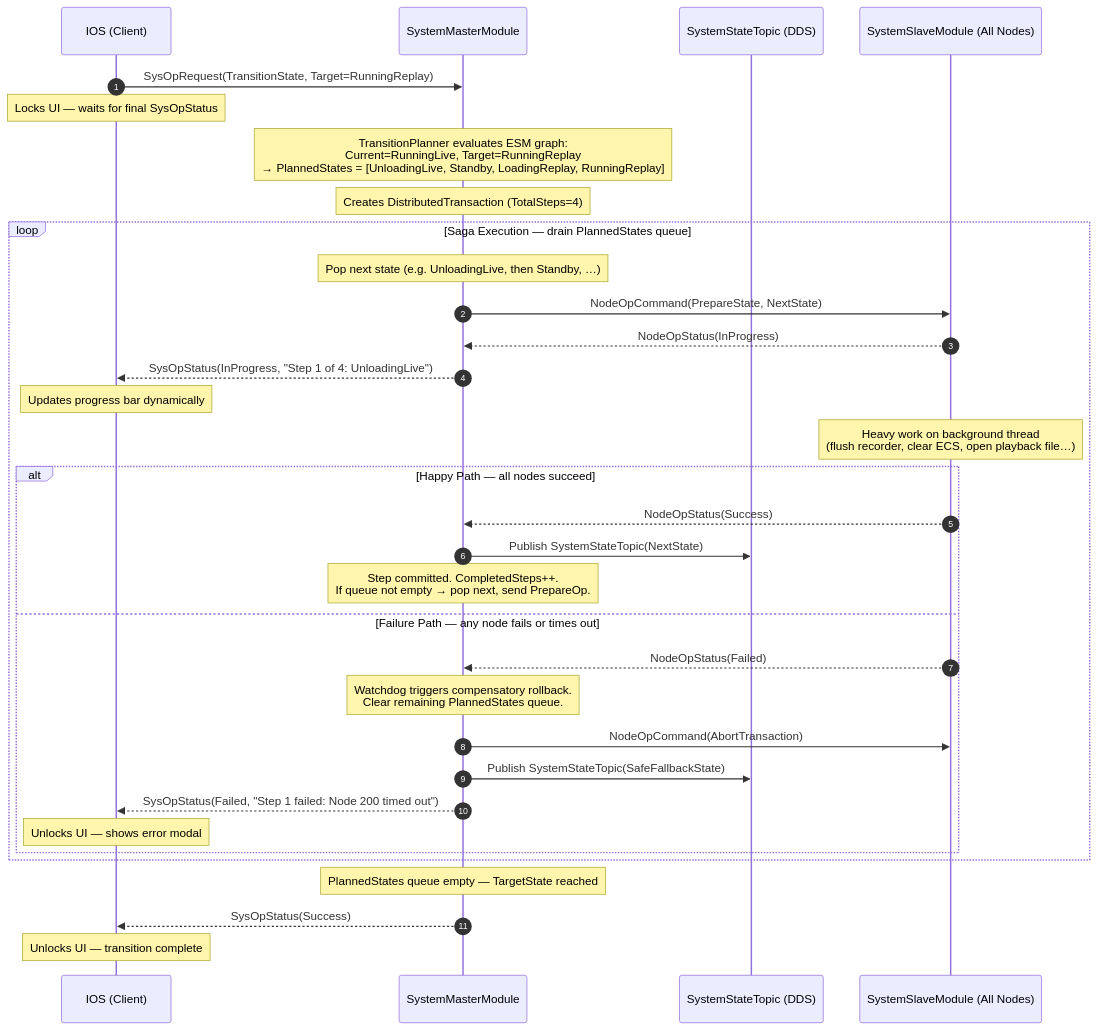
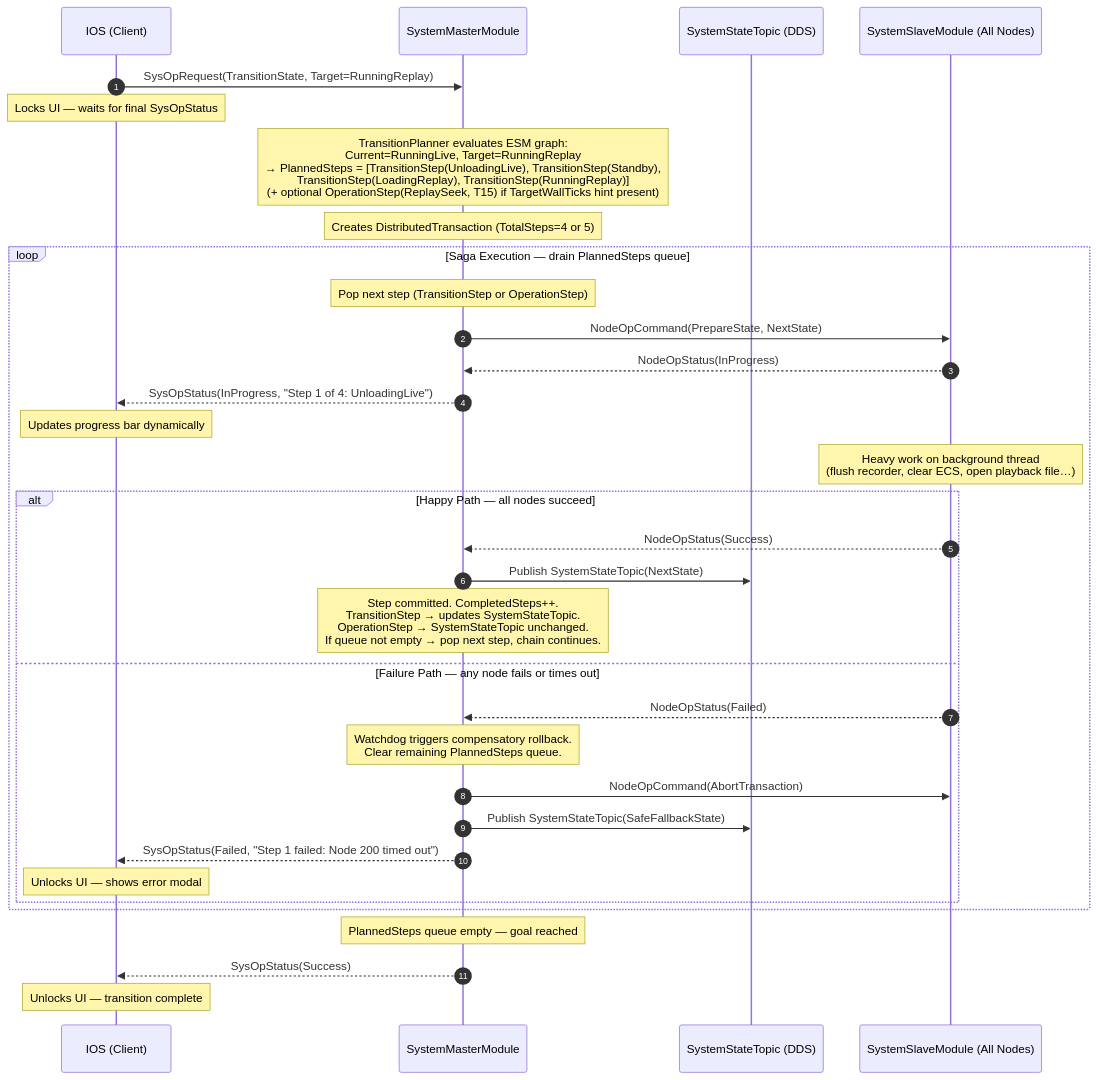
One commit to pjanec/HROT changed the second of 7 diagrams in docs/rec-plb-mgmt/DESIGN.md. Above: the diagram before and after it, drawn with Mermaid. The commit also changed other lines of this file and 2 other files, not shown here.

````diff
--- a/docs/rec-plb-mgmt/DESIGN.md
+++ b/docs/rec-plb-mgmt/DESIGN.md
@@ -621,42 +669,42 @@
 ```mermaid
 sequenceDiagram
     autonumber
     participant IOS as IOS (Client)
     participant Master as SystemMasterModule
     participant Topic as SystemStateTopic (DDS)
     participant Slaves as SystemSlaveModule (All Nodes)
 
     IOS->>Master: SysOpRequest(TransitionState, Target=RunningReplay)
     Note over IOS: Locks UI — waits for final SysOpStatus
 
-    Note over Master: TransitionPlanner evaluates ESM graph:<br/>Current=RunningLive, Target=RunningReplay<br/>→ PlannedStates = [UnloadingLive, Standby, LoadingReplay, RunningReplay]
-    Note over Master: Creates DistributedTransaction (TotalSteps=4)
+    Note over Master: TransitionPlanner evaluates ESM graph:<br/>Current=RunningLive, Target=RunningReplay<br/>→ PlannedSteps = [TransitionStep(UnloadingLive), TransitionStep(Standby),<br/>   TransitionStep(LoadingReplay), TransitionStep(RunningReplay)]<br/>   (+ optional OperationStep(ReplaySeek, T15) if TargetWallTicks hint present)
+    Note over Master: Creates DistributedTransaction (TotalSteps=4 or 5)
 
-    loop Saga Execution — drain PlannedStates queue
-        Note over Master: Pop next state (e.g. UnloadingLive, then Standby, …)
+    loop Saga Execution — drain PlannedSteps queue
+        Note over Master: Pop next step (TransitionStep or OperationStep)
         Master->>Slaves: NodeOpCommand(PrepareState, NextState)
 
         Slaves-->>Master: NodeOpStatus(InProgress)
         Master-->>IOS: SysOpStatus(InProgress, "Step 1 of 4: UnloadingLive")
         Note over IOS: Updates progress bar dynamically
 
         Note over Slaves: Heavy work on background thread<br/>(flush recorder, clear ECS, open playback file…)
 
         alt Happy Path — all nodes succeed
             Slaves-->>Master: NodeOpStatus(Success)
             Master->>Topic: Publish SystemStateTopic(NextState)
-            Note over Master: Step committed. CompletedSteps++.<br/>If queue not empty → pop next, send PrepareOp.
+            Note over Master: Step committed. CompletedSteps++.<br/>TransitionStep → updates SystemStateTopic.<br/>OperationStep → SystemStateTopic unchanged.<br/>If queue not empty → pop next step, chain continues.
         else Failure Path — any node fails or times out
             Slaves-->>Master: NodeOpStatus(Failed)
-            Note over Master: Watchdog triggers compensatory rollback.<br/>Clear remaining PlannedStates queue.
+            Note over Master: Watchdog triggers compensatory rollback.<br/>Clear remaining PlannedSteps queue.
             Master->>Slaves: NodeOpCommand(AbortTransaction)
             Master->>Topic: Publish SystemStateTopic(SafeFallbackState)
             Master-->>IOS: SysOpStatus(Failed, "Step 1 failed: Node 200 timed out")
             Note over IOS: Unlocks UI — shows error modal
         end
     end
 
-    Note over Master: PlannedStates queue empty — TargetState reached
+    Note over Master: PlannedSteps queue empty — goal reached
     Master-->>IOS: SysOpStatus(Success)
     Note over IOS: Unlocks UI — transition complete
 ```
````
